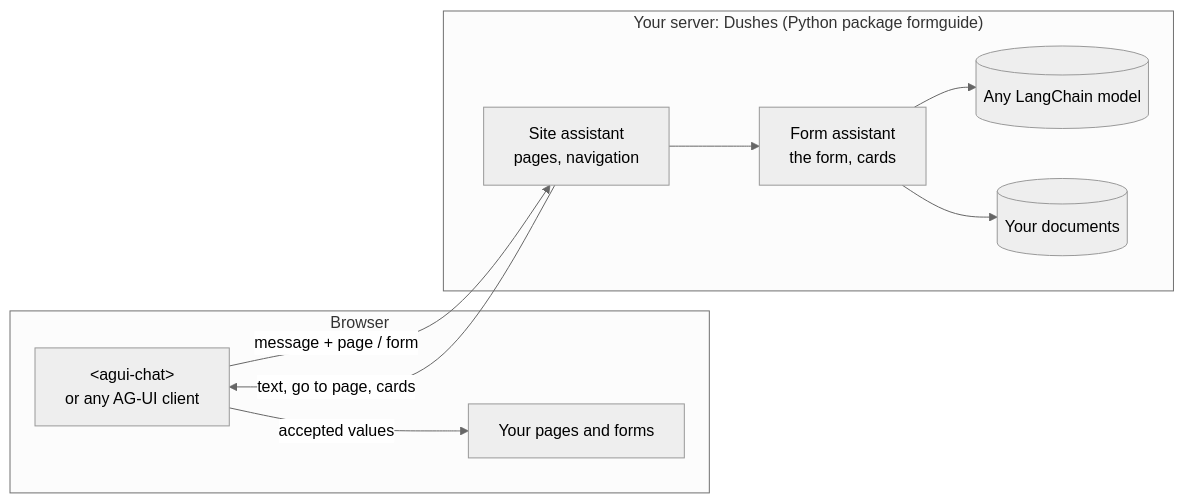
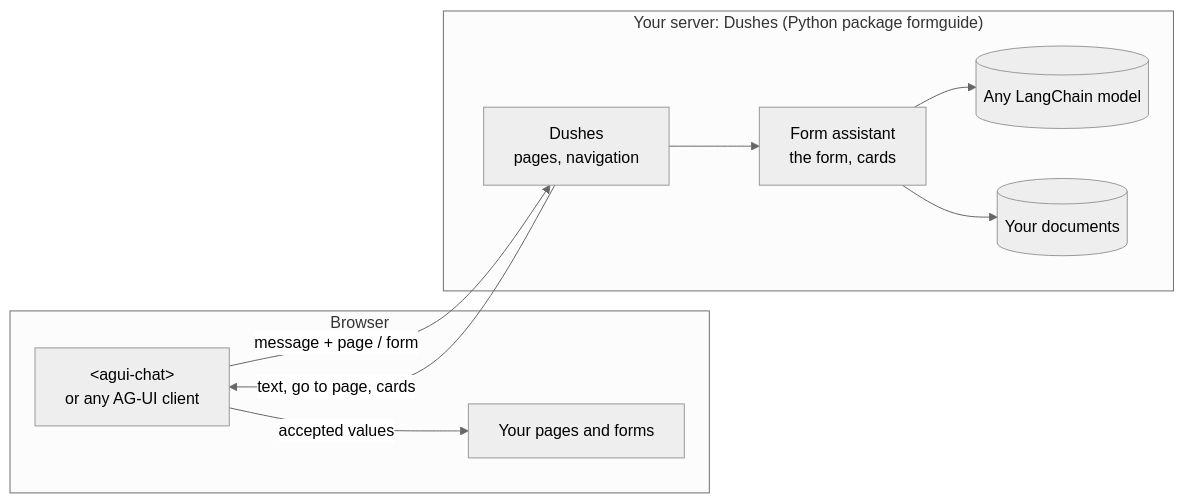
Before and after one commit to denvasylenko/dushes: the diagram in site/src/content/docs/getting-started/overview.mdx, drawn with Mermaid (neutral theme). The commit also changed other lines of this file and 34 other files, not shown here.

First line of the commit message:
Dushes: the site assistant is called Dushes everywhere

````diff
--- a/site/src/content/docs/getting-started/overview.mdx
+++ b/site/src/content/docs/getting-started/overview.mdx
@@ -24,15 +24,15 @@
 ```mermaid
 flowchart LR
   subgraph Browser
     W["&lt;agui-chat&gt;<br/>or any AG-UI client"]
     F[Your pages and forms]
   end
   subgraph Server["Your server: Dushes (Python package formguide)"]
-    S["Site assistant<br/>pages, navigation"] --> A["Form assistant<br/>the form, cards"]
+    S["Dushes<br/>pages, navigation"] --> A["Form assistant<br/>the form, cards"]
     A --> M[(Any LangChain model)]
     A --> K[(Your documents)]
   end
   W -- "message + page / form" --> S
   S -- "text, go to page, cards" --> W
   W -- "accepted values" --> F
 ```
````
